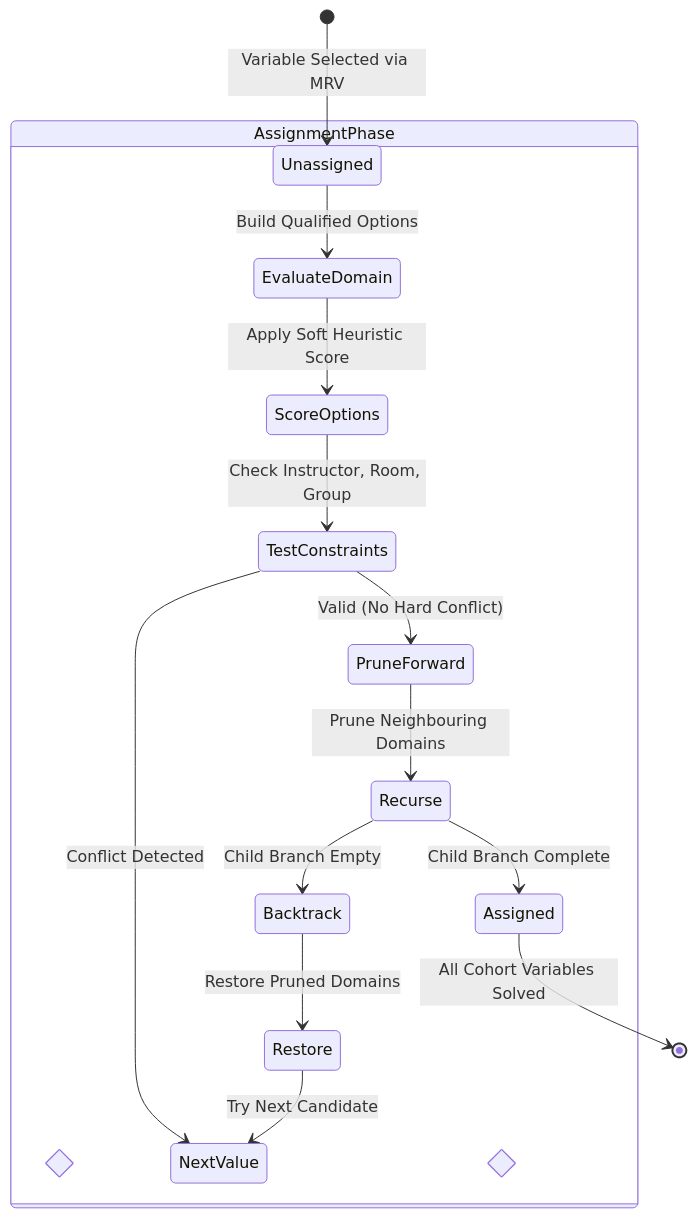
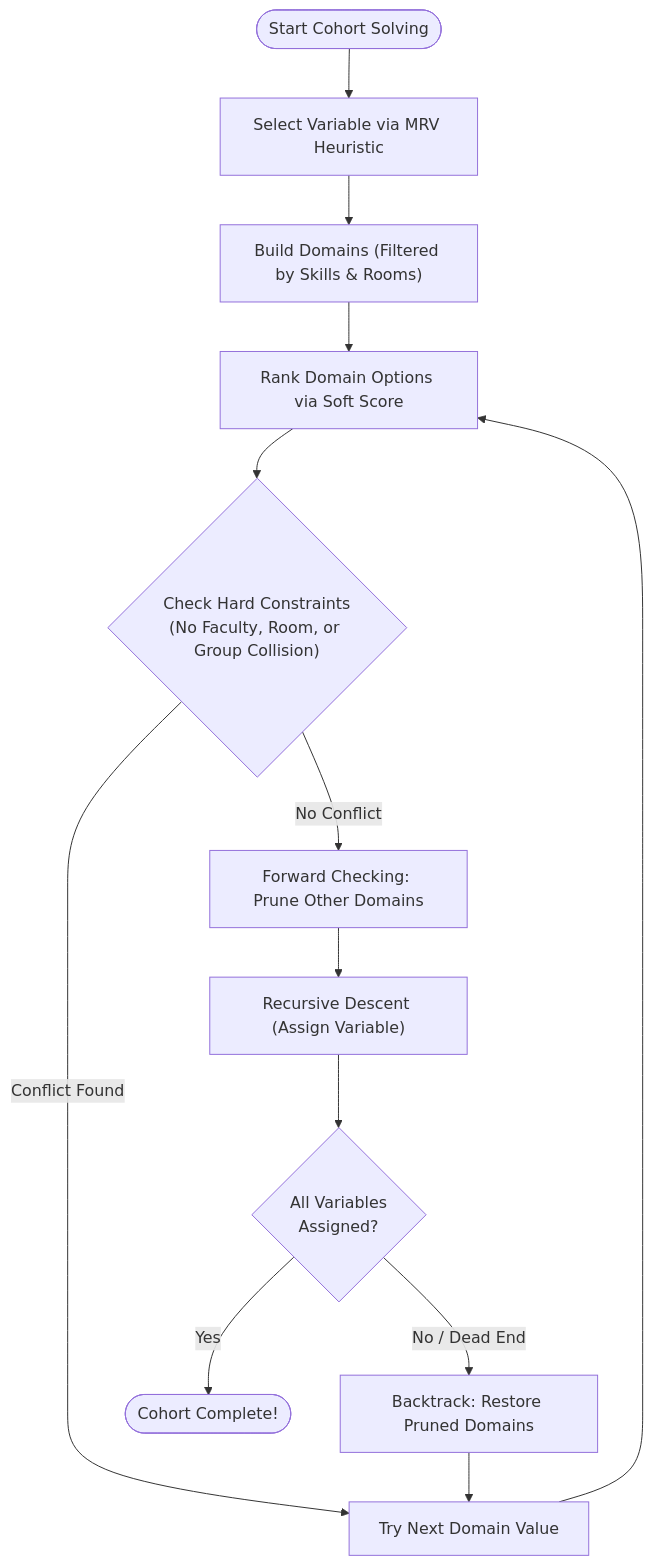
The third of 4 diagrams in README.md (Mohamed-Abdelaty/AI-EJUST-Timetable-Creator), drawn with Mermaid before and after one commit. The commit also changed other lines of this file, not shown here.

Commit message:
docs: overhaul README with GFM-compliant layout, ASCII charts, and E-JUST branding

````diff
--- a/README.md
+++ b/README.md
@@ -212,25 +209,18 @@
 ```mermaid
-stateDiagram-v2
-    [*] --> Unassigned: Variable Selected via MRV
+flowchart TD
+    Start(["Start Cohort Solving"]) --> PickVar["Select Variable via MRV Heuristic"]
+    PickVar --> BuildDom["Build Domains (Filtered by Skills & Rooms)"]
+    BuildDom --> ScoreDom["Rank Domain Options via Soft Score"]
+    ScoreDom --> TestHard{"Check Hard Constraints<br/>(No Faculty, Room, or Group Collision)"}
     
-    state AssignmentPhase {
-        Unassigned --> EvaluateDomain: Build Qualified Options
-        EvaluateDomain --> ScoreOptions: Apply Soft Heuristic Score
-        ScoreOptions --> TestConstraints: Check Instructor, Room, Group
-        
-        state Decision <<choice>>
-        TestConstraints --> PruneForward: Valid (No Hard Conflict)
-        TestConstraints --> NextValue: Conflict Detected
-        
-        PruneForward --> Recurse: Prune Neighbouring Domains
-        
-        state Result <<choice>>
-        Recurse --> Assigned: Child Branch Complete
-        Recurse --> Backtrack: Child Branch Empty
-        
-        Backtrack --> Restore: Restore Pruned Domains
-        Restore --> NextValue: Try Next Candidate
-    }
+    TestHard -->|Conflict Found| TryNext["Try Next Domain Value"]
+    TestHard -->|No Conflict| Prune["Forward Checking: Prune Other Domains"]
     
-    Assigned --> [*]: All Cohort Variables Solved
+    Prune --> Recurse["Recursive Descent (Assign Variable)"]
+    Recurse --> DoneCheck{"All Variables<br/>Assigned?"}
+    
+    DoneCheck -->|Yes| Finish(["Cohort Complete!"])
+    DoneCheck -->|No / Dead End| Backtrack["Backtrack: Restore Pruned Domains"]
+    Backtrack --> TryNext
+    TryNext --> ScoreDom
 ```
````
